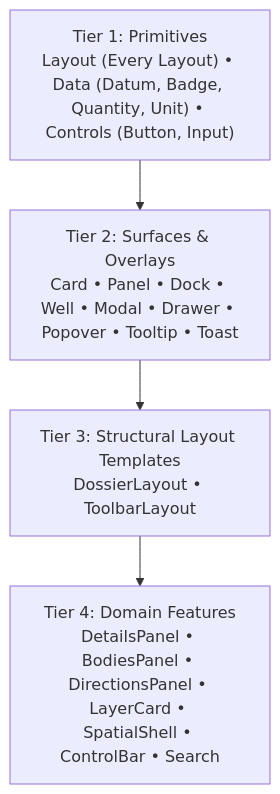
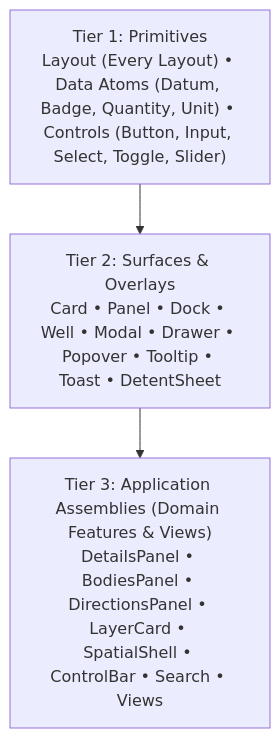
Before and after one commit to marcelkornblum/starmap: the third of 3 diagrams in docs/design/design-system.md, drawn with Mermaid. The commit also changed other lines of this file and 18 other files, not shown here.

First line of the commit message:
chore(docs): reconcile data, architecture and design docs; drop shadowing code-review skill

````diff
--- a/docs/design/design-system.md
+++ b/docs/design/design-system.md
@@ -142,7 +194,6 @@
 ```mermaid
 flowchart TD
-    Tier1["Tier 1: Primitives\nLayout (Every Layout) • Data (Datum, Badge, Quantity, Unit) • Controls (Button, Input)"]
-    --> Tier2["Tier 2: Surfaces & Overlays\nCard • Panel • Dock • Well • Modal • Drawer • Popover • Tooltip • Toast"]
-    --> Tier3["Tier 3: Structural Layout Templates\nDossierLayout • ToolbarLayout"]
-    --> Tier4["Tier 4: Domain Features\nDetailsPanel • BodiesPanel • DirectionsPanel • LayerCard • SpatialShell • ControlBar • Search"]
+    Tier1["Tier 1: Primitives\nLayout (Every Layout) • Data Atoms (Datum, Badge, Quantity, Unit) • Controls (Button, Input, Select, Toggle, Slider)"]
+    --> Tier2["Tier 2: Surfaces & Overlays\nCard • Panel • Dock • Well • Modal • Drawer • Popover • Tooltip • Toast • DetentSheet"]
+    --> Tier3["Tier 3: Application Assemblies (Domain Features & Views)\nDetailsPanel • BodiesPanel • DirectionsPanel • LayerCard • SpatialShell • ControlBar • Search • Views"]
 ```
````
